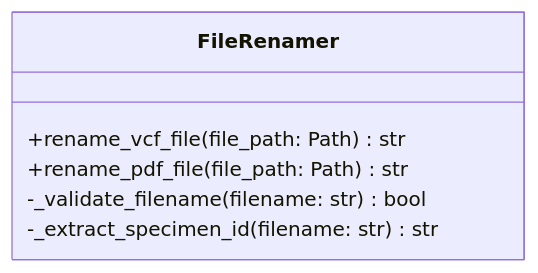
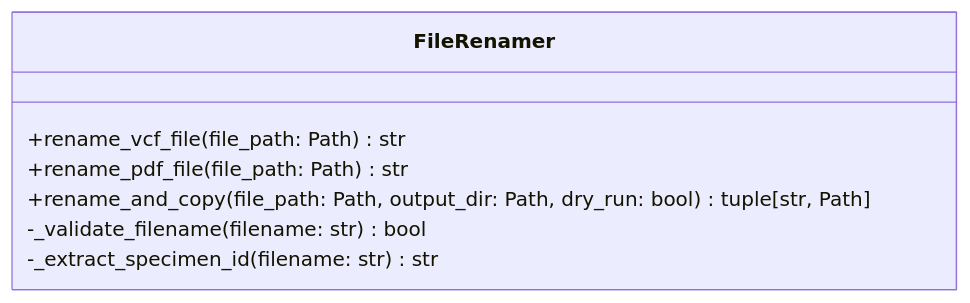
One commit to CBIIT/crdc-ctdc-data-curation changed the second of 6 diagrams in tdd/output/requirement1_system_design.md. Above: the diagram before and after it, drawn with Mermaid. The commit also changed other lines of this file and 347 other files, not shown here.

````diff
--- a/tdd/output/requirement1_system_design.md
+++ b/tdd/output/requirement1_system_design.md
@@ -54,9 +54,10 @@
 ```mermaid
 classDiagram
     class FileRenamer {
         +rename_vcf_file(file_path: Path) str
         +rename_pdf_file(file_path: Path) str
+        +rename_and_copy(file_path: Path, output_dir: Path, dry_run: bool) tuple[str, Path]
         -_validate_filename(filename: str) bool
         -_extract_specimen_id(filename: str) str
     }
 ```
````
